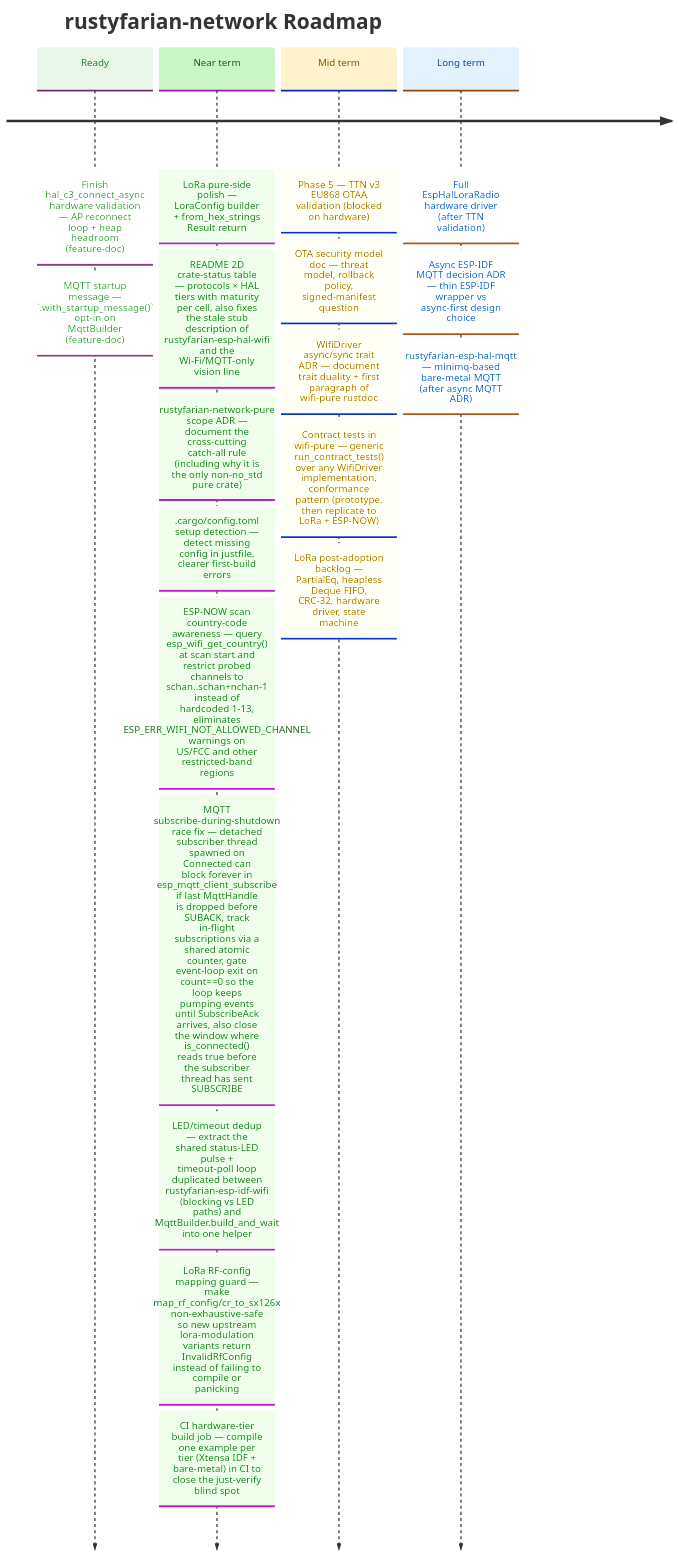
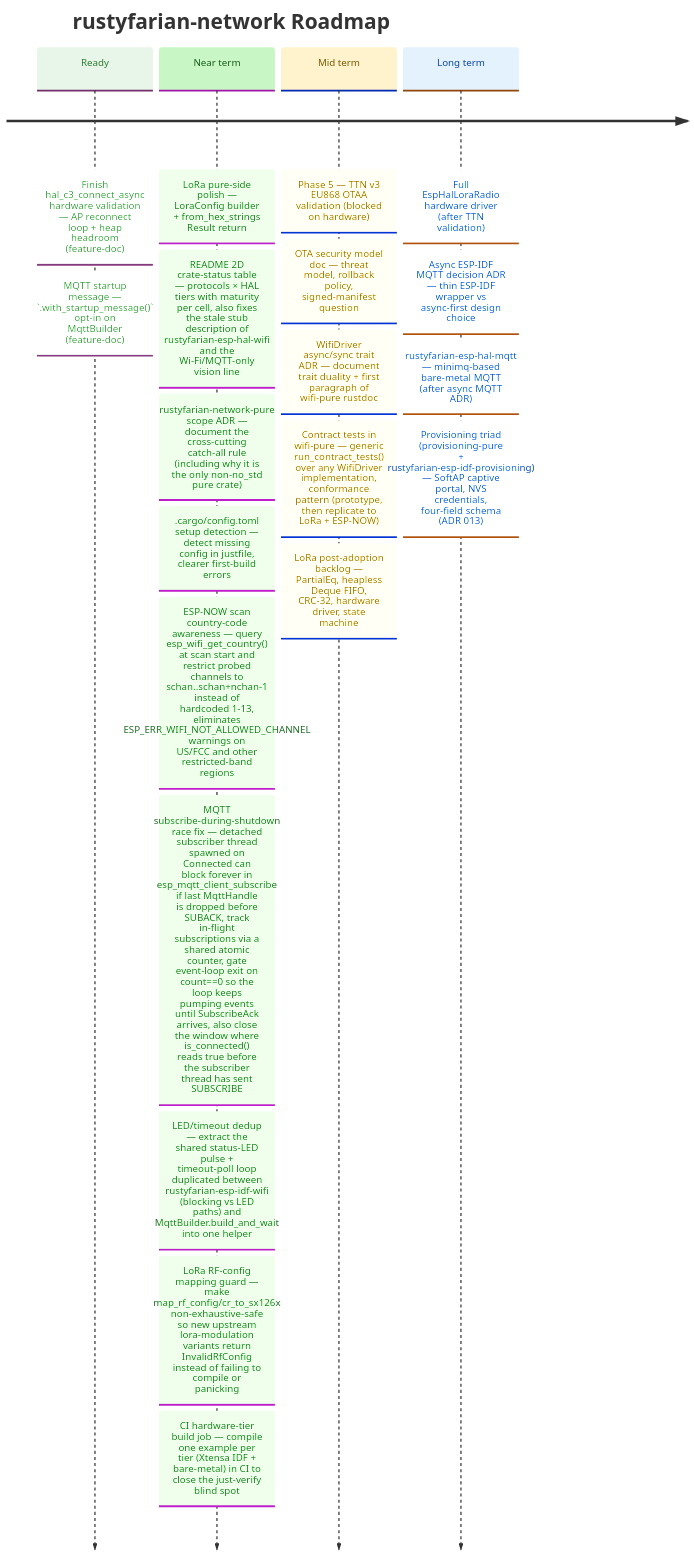
One commit to datenkollektiv/rustyfarian-network changed the diagram in docs/ROADMAP.md. Above: the diagram before and after it, drawn with Mermaid. The commit also changed other lines of this file and 4 other files, not shown here.

Commit message:
Accept SoftAP captive-portal provisioning

````diff
--- a/docs/ROADMAP.md
+++ b/docs/ROADMAP.md
@@ -12,41 +13,42 @@
 ```mermaid
 %%{init: {
   "theme": "base",
   "themeVariables": {
     "cScale0": "#e8f5e9",
     "cScaleLabel0": "#2e7d32",
     "cScale1": "#c8f7c5",
     "cScaleLabel1": "#1b5e20",
     "cScale2": "#fff3cd",
     "cScaleLabel2": "#7a5a00",
     "cScale3": "#e3f2fd",
     "cScaleLabel3": "#0d47a1"
   }
 }}%%
 
 timeline
     title rustyfarian-network Roadmap
 
     Ready     : Finish hal_c3_connect_async hardware validation — AP reconnect loop + heap headroom (feature-doc)
               : MQTT startup message — `.with_startup_message()` opt-in on MqttBuilder (feature-doc)
 
     Near term : LoRa pure-side polish — LoraConfig builder + from_hex_strings Result return
               : README 2D crate-status table — protocols × HAL tiers with maturity per cell, also fixes the stale stub description of rustyfarian-esp-hal-wifi and the Wi-Fi/MQTT-only vision line
               : rustyfarian-network-pure scope ADR — document the cross-cutting catch-all rule (including why it is the only non-no_std pure crate)
               : .cargo/config.toml setup detection — detect missing config in justfile, clearer first-build errors
               : ESP-NOW scan country-code awareness — query esp_wifi_get_country() at scan start and restrict probed channels to schan..schan+nchan-1 instead of hardcoded 1-13, eliminates ESP_ERR_WIFI_NOT_ALLOWED_CHANNEL warnings on US/FCC and other restricted-band regions
               : MQTT subscribe-during-shutdown race fix — detached subscriber thread spawned on Connected can block forever in esp_mqtt_client_subscribe if last MqttHandle is dropped before SUBACK, track in-flight subscriptions via a shared atomic counter, gate event-loop exit on count==0 so the loop keeps pumping events until SubscribeAck arrives, also close the window where is_connected() reads true before the subscriber thread has sent SUBSCRIBE
               : LED/timeout dedup — extract the shared status-LED pulse + timeout-poll loop duplicated between rustyfarian-esp-idf-wifi (blocking vs LED paths) and MqttBuilder.build_and_wait into one helper
               : LoRa RF-config mapping guard — make map_rf_config/cr_to_sx126x non-exhaustive-safe so new upstream lora-modulation variants return InvalidRfConfig instead of failing to compile or panicking
               : CI hardware-tier build job — compile one example per tier (Xtensa IDF + bare-metal) in CI to close the just-verify blind spot
 
     Mid term  : Phase 5 — TTN v3 EU868 OTAA validation (blocked on hardware)
               : OTA security model doc — threat model, rollback policy, signed-manifest question
               : WifiDriver async/sync trait ADR — document trait duality + first paragraph of wifi-pure rustdoc
               : Contract tests in wifi-pure — generic run_contract_tests() over any WifiDriver implementation, conformance pattern (prototype, then replicate to LoRa + ESP-NOW)
               : LoRa post-adoption backlog — PartialEq, heapless Deque FIFO, CRC-32, hardware driver, state machine
 
     Long term : Full EspHalLoraRadio hardware driver (after TTN validation)
               : Async ESP-IDF MQTT decision ADR — thin ESP-IDF wrapper vs async-first design choice
               : rustyfarian-esp-hal-mqtt — minimq-based bare-metal MQTT (after async MQTT ADR)
+              : Provisioning triad (provisioning-pure + rustyfarian-esp-idf-provisioning) — SoftAP captive portal, NVS credentials, four-field schema (ADR 013)
 ```
````
